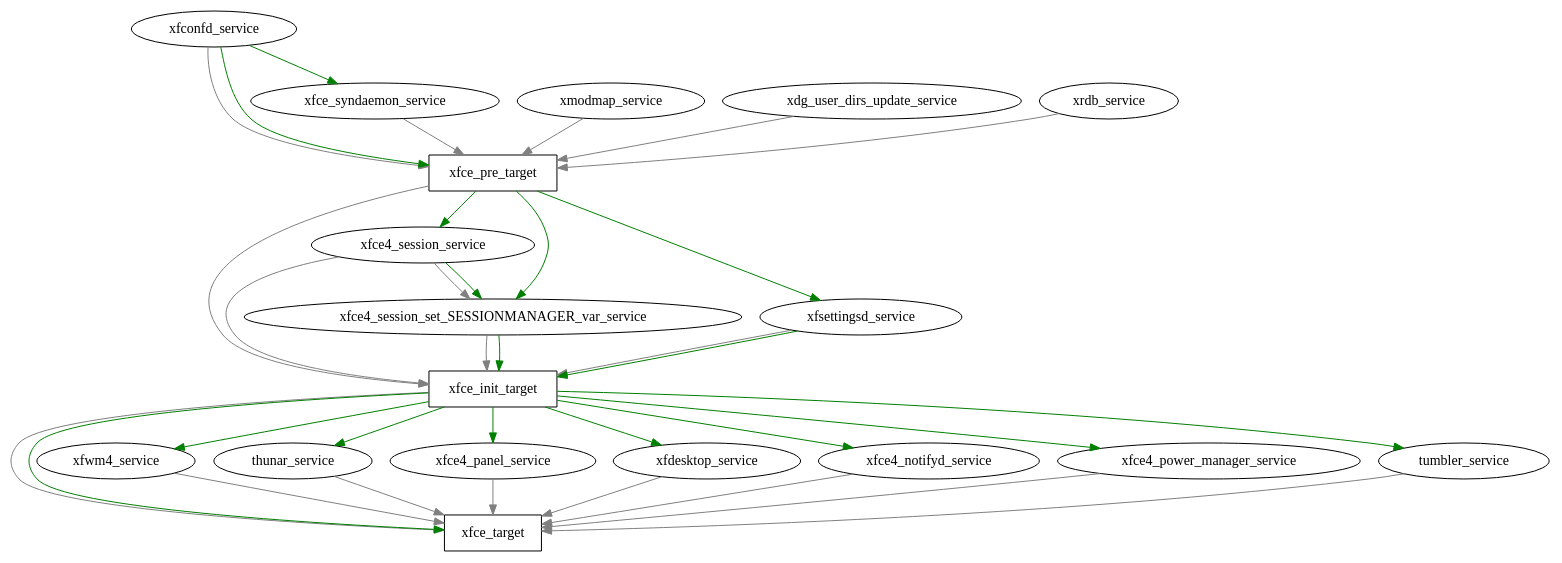
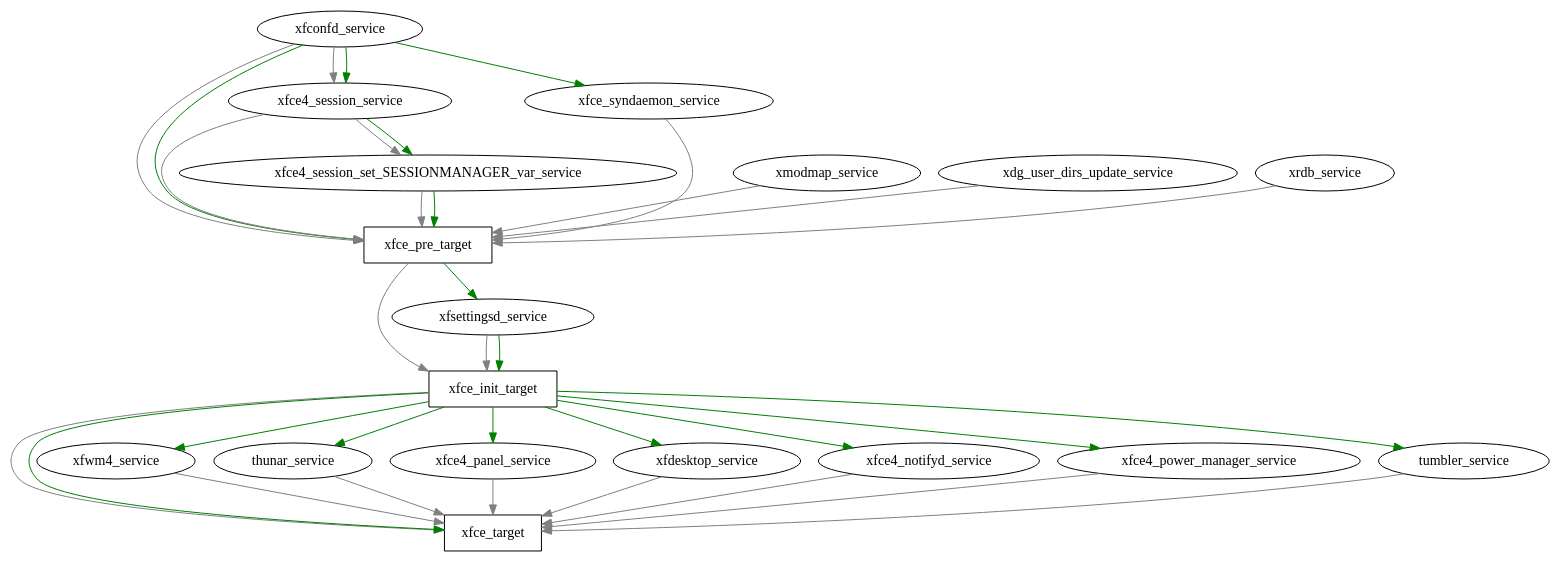
The diagram in doc/dependencies.dot (killermoehre/xfce-systemd-units), drawn with Graphviz before and after one commit. The commit also changed 2 other files, not shown here.

Commit message:
put xfce4-session.service in the xfce-pre.target, so that xfsettingsd can access the session manager already

```diff
--- a/doc/dependencies.dot
+++ b/doc/dependencies.dot
@@ -1,50 +1,50 @@
 digraph xfce_systemd {
     ### WantedBy/Requires ###
     edge [color="grey"]
     node [shape="box"]
     # targets itself
     xfce_pre_target -> xfce_init_target;
     xfce_init_target -> xfce_target;
 
     node [shape="oval"]
     # stuff for xfce-pre.target
     xfconfd_service -> xfce_pre_target;
+    xfconfd_service -> xfce4_session_service;
     xmodmap_service -> xfce_pre_target;
     xdg_user_dirs_update_service -> xfce_pre_target;
     xrdb_service -> xfce_pre_target;
     xfce_syndaemon_service -> xfce_pre_target;
+    xfce4_session_service -> xfce_pre_target;
+    xfce4_session_set_SESSIONMANAGER_var_service -> xfce_pre_target;
+    xfce4_session_service -> xfce4_session_set_SESSIONMANAGER_var_service;
 
     # stuff for xfce-init.target
-    xfce4_session_service -> xfce_init_target;
-    xfce4_session_set_SESSIONMANAGER_var_service -> xfce_init_target;
-    xfce4_session_service -> xfce4_session_set_SESSIONMANAGER_var_service;
     xfsettingsd_service -> xfce_init_target;
 
     # stuff for xfce.target
     xfwm4_service -> xfce_target;
     thunar_service -> xfce_target;
     xfce4_panel_service -> xfce_target;
     xfdesktop_service -> xfce_target;
     xfce4_notifyd_service -> xfce_target;
     xfce4_power_manager_service -> xfce_target;
     tumbler_service -> xfce_target;
 
     ### After ###
     edge [color="green"]
     xfconfd_service -> xfce_pre_target;
-    xfce_pre_target -> xfce4_session_service;
-    xfce_pre_target -> xfce4_session_set_SESSIONMANAGER_var_service;
+    xfconfd_service -> xfce4_session_service;
     xfce_pre_target -> xfsettingsd_service;
     xfce4_session_service -> xfce4_session_set_SESSIONMANAGER_var_service;
-    xfce4_session_set_SESSIONMANAGER_var_service -> xfce_init_target;
+    xfce4_session_set_SESSIONMANAGER_var_service -> xfce_pre_target;
     xfsettingsd_service -> xfce_init_target;
     xfce_init_target -> xfwm4_service;
     xfce_init_target -> thunar_service;
     xfce_init_target -> xfce4_panel_service;
     xfce_init_target -> xfdesktop_service;
     xfce_init_target -> xfce4_notifyd_service;
     xfce_init_target -> xfce4_power_manager_service;
     xfce_init_target -> tumbler_service;
     xfce_init_target -> xfce_target;
     xfconfd_service -> xfce_syndaemon_service;
 }
```
